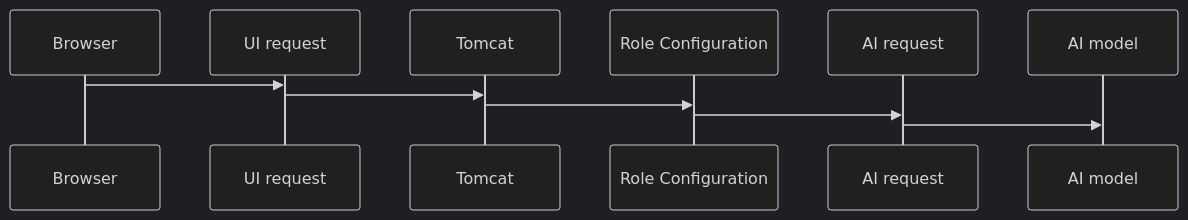
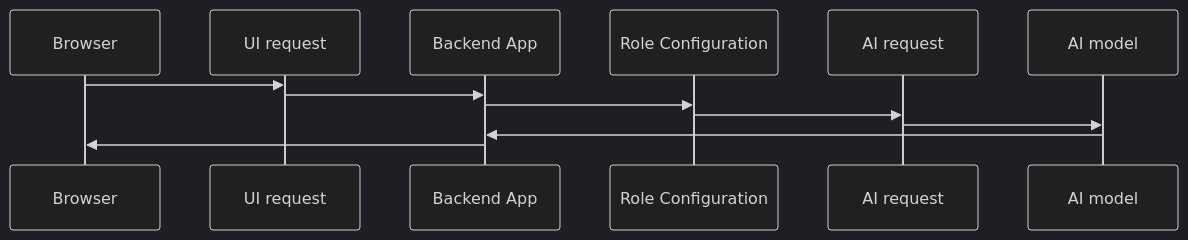
The diagram in README.md (ynaroditsky/OmniAssist), drawn with Mermaid (dark theme) before and after one commit.

````diff
--- a/README.md
+++ b/README.md
@@ -2,8 +2,10 @@
 ```mermaid
 sequenceDiagram
     Browser->>UI request: 
-    UI request->>Tomcat:
-    Tomcat->>Role Configuration:
+    UI request->>Backend App:
+    Backend App->>Role Configuration:
     Role Configuration->>AI request:
     AI request->>AI model:
+    AI model->>Backend App:
+    Backend App->>Browser:
 ```
````
